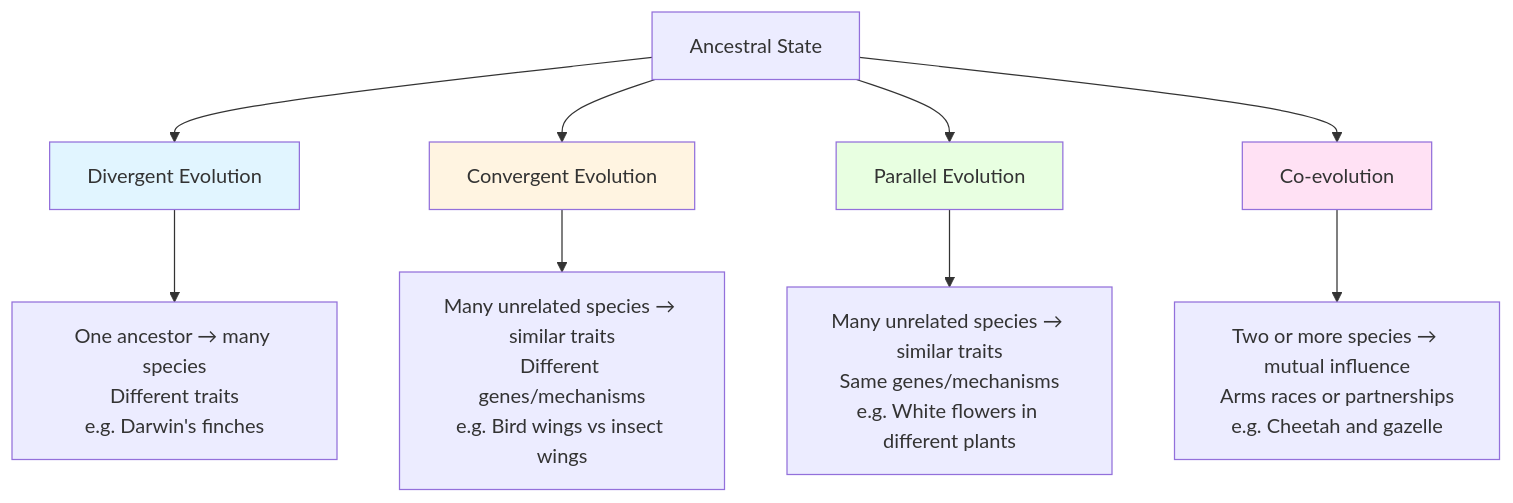
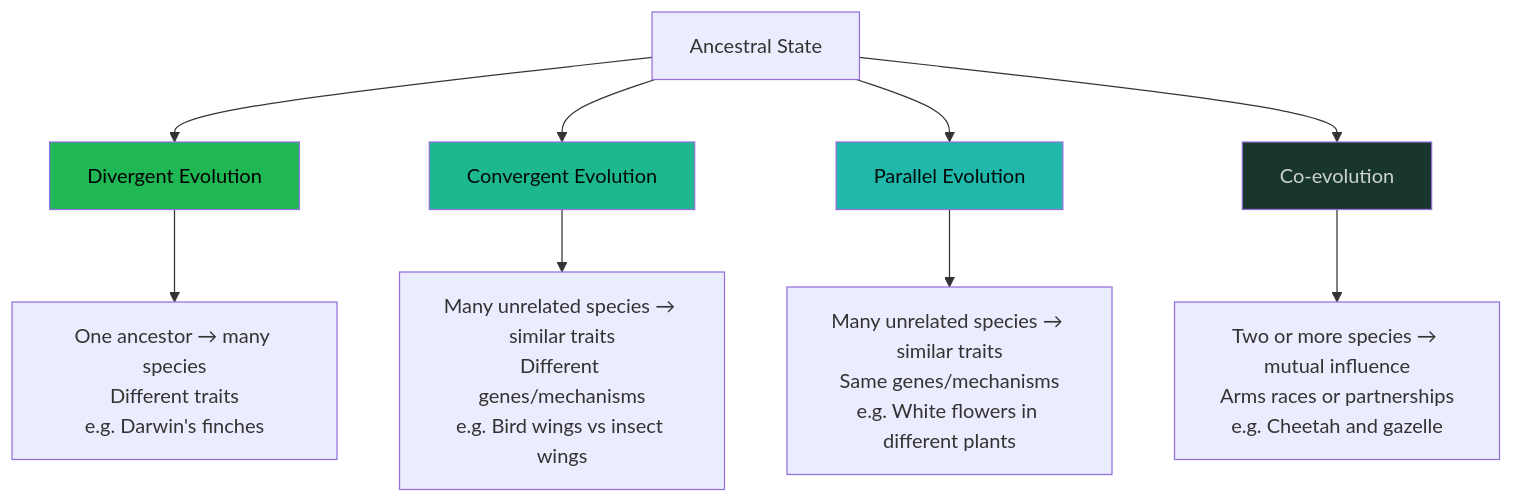
The second of 2 diagrams in Science/Advance/Biology/08_Evolution.md (oat431/general-knowledge), drawn with Mermaid before and after one commit. The commit also changed 9 other files, not shown here.

````diff
--- a/Science/Advance/Biology/08_Evolution.md
+++ b/Science/Advance/Biology/08_Evolution.md
@@ -84,17 +84,17 @@
 ```mermaid
 flowchart TD
     ANCESTOR["Ancestral State"] --> DIV["Divergent Evolution"]
     ANCESTOR --> CONV["Convergent Evolution"]
     ANCESTOR --> PAR["Parallel Evolution"]
     ANCESTOR --> COEVO["Co-evolution"]
     
     DIV --> DIV_EX["One ancestor → many species<br/>Different traits<br/>e.g. Darwin's finches"]
     CONV --> CONV_EX["Many unrelated species → similar traits<br/>Different genes/mechanisms<br/>e.g. Bird wings vs insect wings"]
     PAR --> PAR_EX["Many unrelated species → similar traits<br/>Same genes/mechanisms<br/>e.g. White flowers in different plants"]
     COEVO --> COEVO_EX["Two or more species → mutual influence<br/>Arms races or partnerships<br/>e.g. Cheetah and gazelle"]
     
-    style DIV fill:#e1f5ff
-    style CONV fill:#fff4e1
-    style PAR fill:#e8ffe1
-    style COEVO fill:#ffe1f4
+    style DIV fill:#1FB854,color:#000000
+    style CONV fill:#1EB88E,color:#000C07
+    style PAR fill:#1FB8AB,color:#010C0B
+    style COEVO fill:#19362D,color:#CDD3D1
 ```
````
